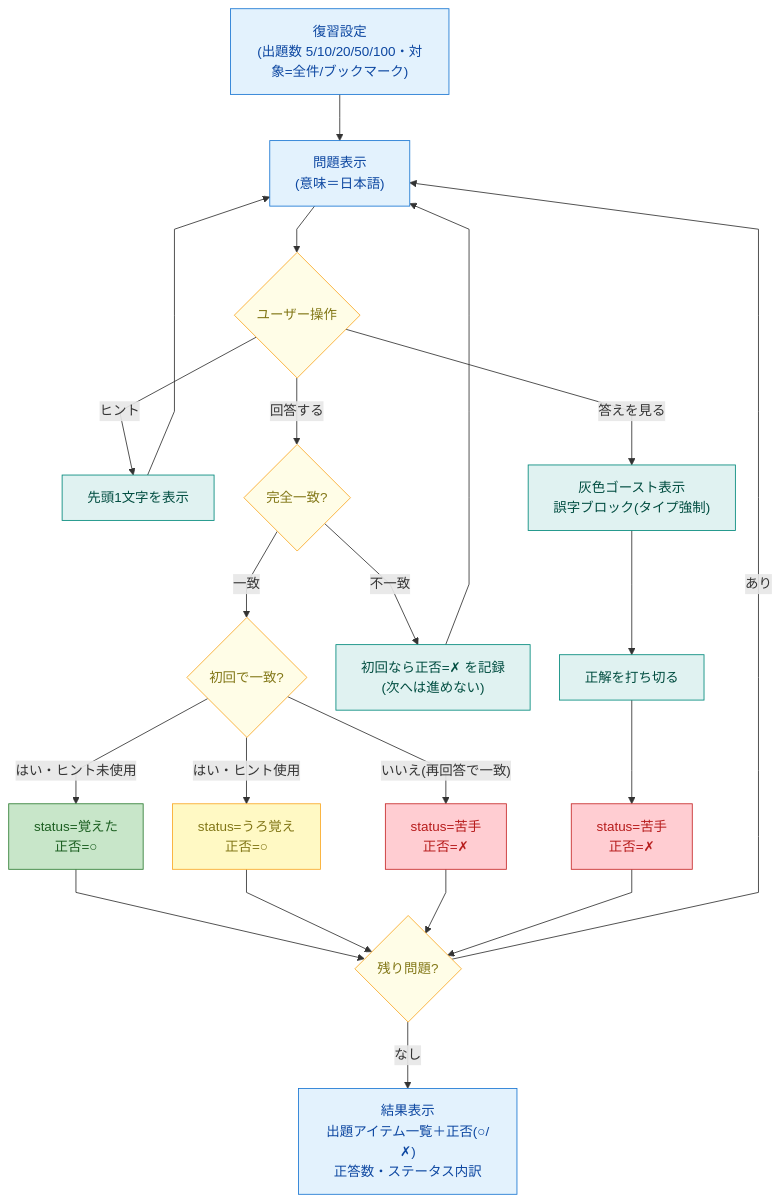
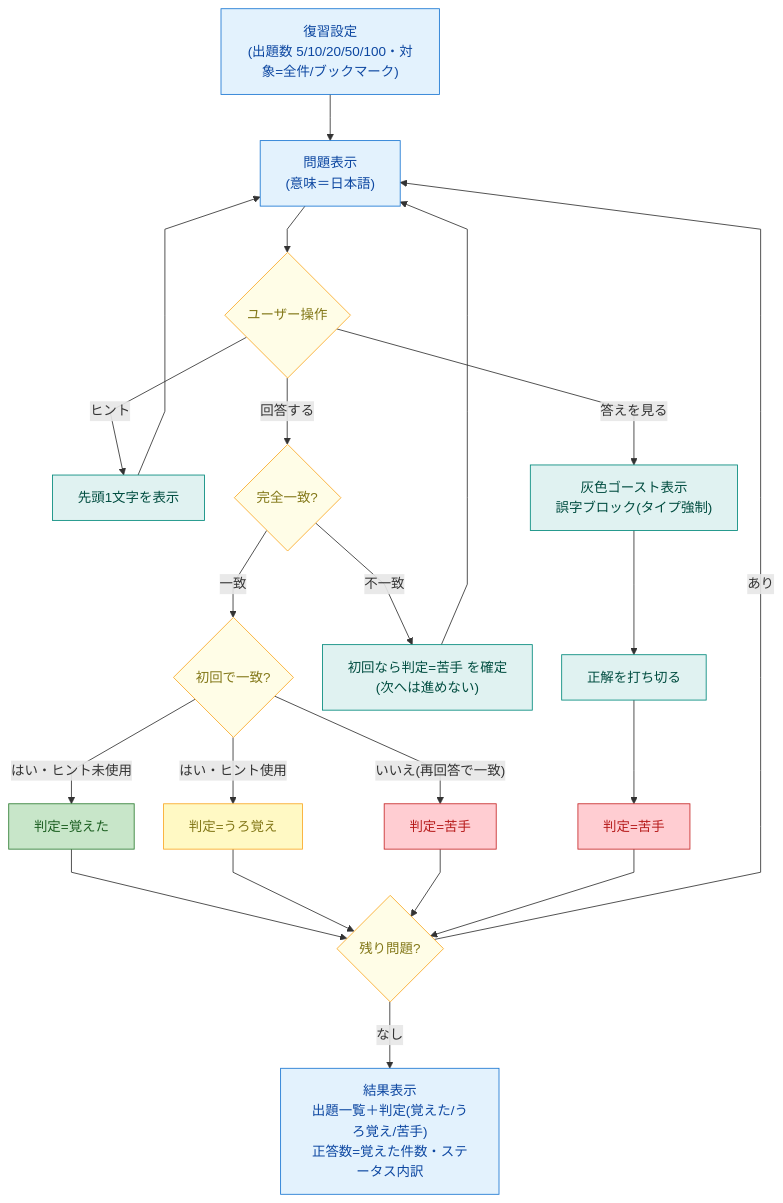
One commit to komikonkon/Rakuku changed the fifth of 5 diagrams in docs/screen-flow.md. Above: the diagram before and after it, drawn with Mermaid. The commit also changed other lines of this file and 3 other files, not shown here.

First line of the commit message:
Use 3-state judgment on result screen; correct count = 覚えた only

````diff
--- a/docs/screen-flow.md
+++ b/docs/screen-flow.md
@@ -106,32 +106,32 @@
 ```mermaid
 %%{init: {'flowchart': {'curve': 'linear', 'nodeSpacing': 35, 'rankSpacing': 55}}}%%
 flowchart TD
     Cfg["復習設定<br/>(出題数 5/10/20/50/100・対象=全件/ブックマーク)"]:::screen --> Q["問題表示<br/>(意味＝日本語)"]:::screen
     Q --> Op{"ユーザー操作"}:::dec
 
     Op -- ヒント --> Hint["先頭1文字を表示"]:::proc --> Q
-    Op -- 答えを見る --> Reveal["灰色ゴースト表示<br/>誤字ブロック(タイプ強制)"]:::proc --> Typed["正解を打ち切る"]:::proc --> SWeak2["status=苦手<br/>正否=✗"]:::weak
+    Op -- 答えを見る --> Reveal["灰色ゴースト表示<br/>誤字ブロック(タイプ強制)"]:::proc --> Typed["正解を打ち切る"]:::proc --> SWeak2["判定=苦手"]:::weak
     Op -- 回答する --> Judge{"完全一致?"}:::dec
 
-    Judge -- 不一致 --> Wrong["初回なら正否=✗ を記録<br/>(次へは進めない)"]:::proc --> Q
+    Judge -- 不一致 --> Wrong["初回なら判定=苦手 を確定<br/>(次へは進めない)"]:::proc --> Q
     Judge -- 一致 --> Mark{"初回で一致?"}:::dec
 
-    Mark -- はい・ヒント未使用 --> SLearned["status=覚えた<br/>正否=○"]:::learned
-    Mark -- はい・ヒント使用 --> SVague["status=うろ覚え<br/>正否=○"]:::vague
-    Mark -- いいえ(再回答で一致) --> SWeak["status=苦手<br/>正否=✗"]:::weak
+    Mark -- はい・ヒント未使用 --> SLearned["判定=覚えた"]:::learned
+    Mark -- はい・ヒント使用 --> SVague["判定=うろ覚え"]:::vague
+    Mark -- いいえ(再回答で一致) --> SWeak["判定=苦手"]:::weak
 
     SLearned --> Next{"残り問題?"}:::dec
     SVague --> Next
     SWeak --> Next
     SWeak2 --> Next
 
     Next -- あり --> Q
-    Next -- なし --> Result["結果表示<br/>出題アイテム一覧＋正否(○/✗)<br/>正答数・ステータス内訳"]:::screen
+    Next -- なし --> Result["結果表示<br/>出題一覧＋判定(覚えた/うろ覚え/苦手)<br/>正答数=覚えた件数・ステータス内訳"]:::screen
 
     classDef screen  fill:#E3F2FD,stroke:#1976D2,color:#0D47A1;
     classDef proc    fill:#E0F2F1,stroke:#00897B,color:#004D40;
     classDef dec     fill:#FFFDE7,stroke:#F9A825,color:#827717;
     classDef learned fill:#C8E6C9,stroke:#2E7D32,color:#1B5E20;
     classDef vague   fill:#FFF9C4,stroke:#F9A825,color:#827717;
     classDef weak    fill:#FFCDD2,stroke:#C62828,color:#B71C1C;
 ```
````
